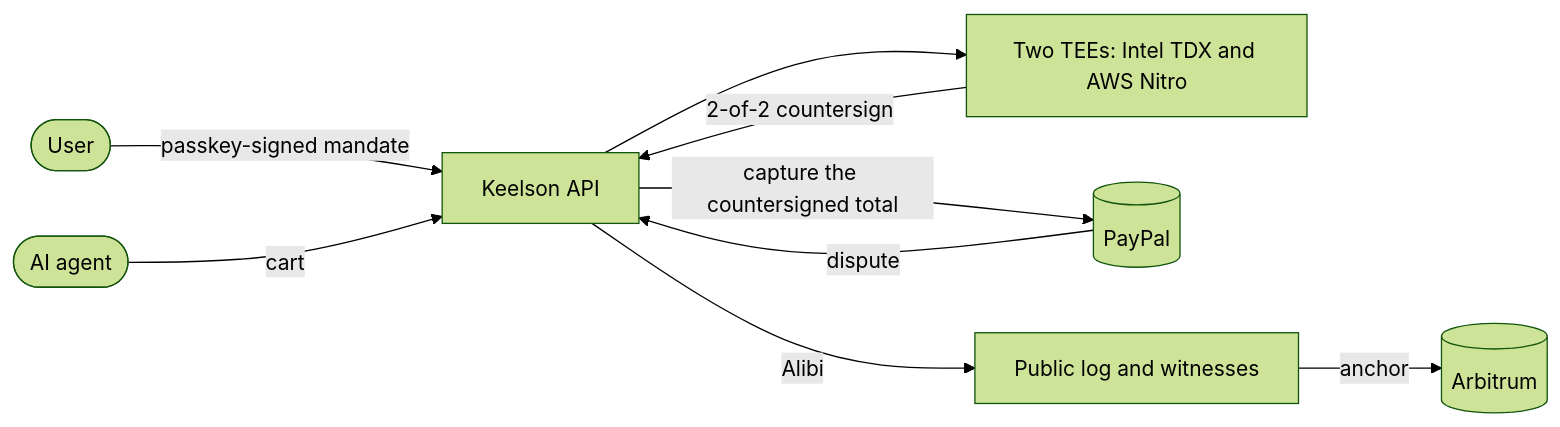
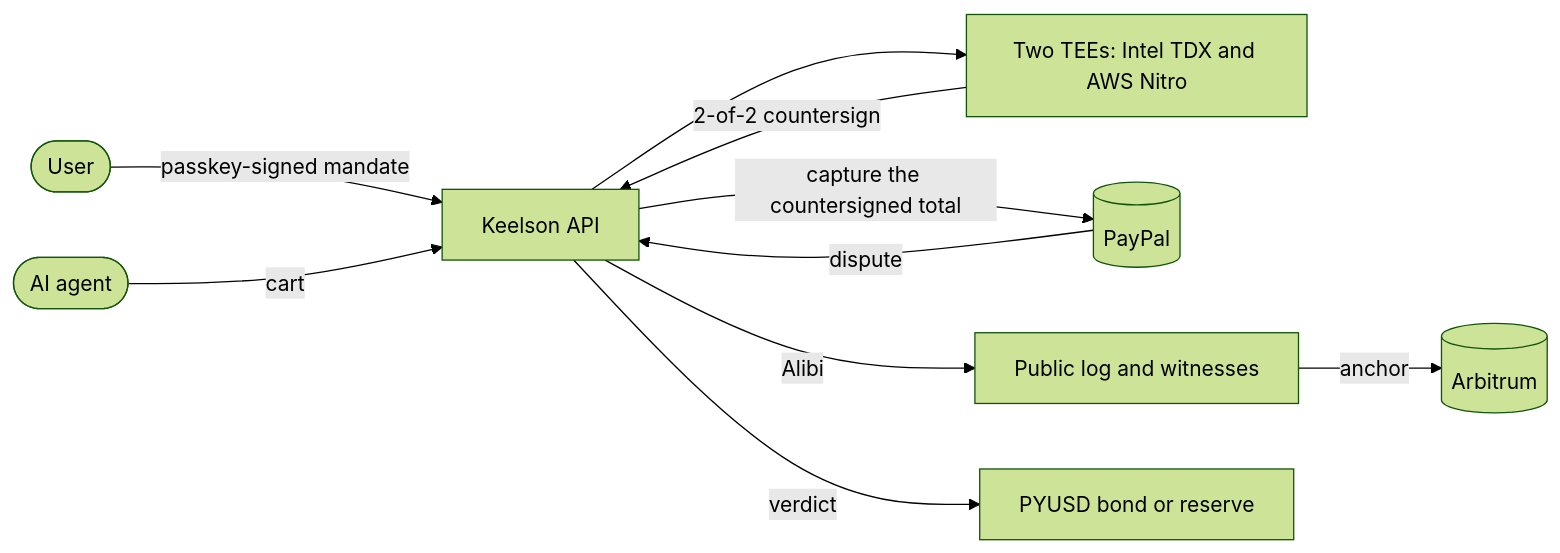
One commit to DavidZapataOh/keelson-paypal changed the diagram in README.md. Above: the diagram before and after it, drawn with Mermaid (forest theme). The commit also changed other lines of this file and 2 other files, not shown here.

First line of the commit message:
docs: rewrite the README around the problem, the flow and how to verify it

````diff
--- a/README.md
+++ b/README.md
@@ -40,13 +37,14 @@
 ```mermaid
 flowchart LR
   accTitle: How a purchase flows through Keelson
-  accDescr: The user signs a mandate, the agent sends a cart, both TEEs countersign, PayPal captures, the Alibi goes to the public log and its anchor on chain, and a dispute ends in a signed verdict.
+  accDescr: The user signs a mandate, the agent sends a cart, both TEEs countersign, PayPal captures, the Alibi goes to the public log and its anchor on chain, and a dispute ends in a signed verdict that slashes a bond or pays from the reserve.
   U([User]) -- passkey-signed mandate --> K[Keelson API]
   G([AI agent]) -- cart --> K
   K --> T[Two TEEs: Intel TDX and AWS Nitro]
   T -- 2-of-2 countersign --> K
   K -- capture the countersigned total --> P[(PayPal)]
   K -- Alibi --> L[Public log and witnesses]
   L -- anchor --> C[(Arbitrum)]
   P -- dispute --> K
+  K -- verdict --> B[PYUSD bond or reserve]
 ```
````
